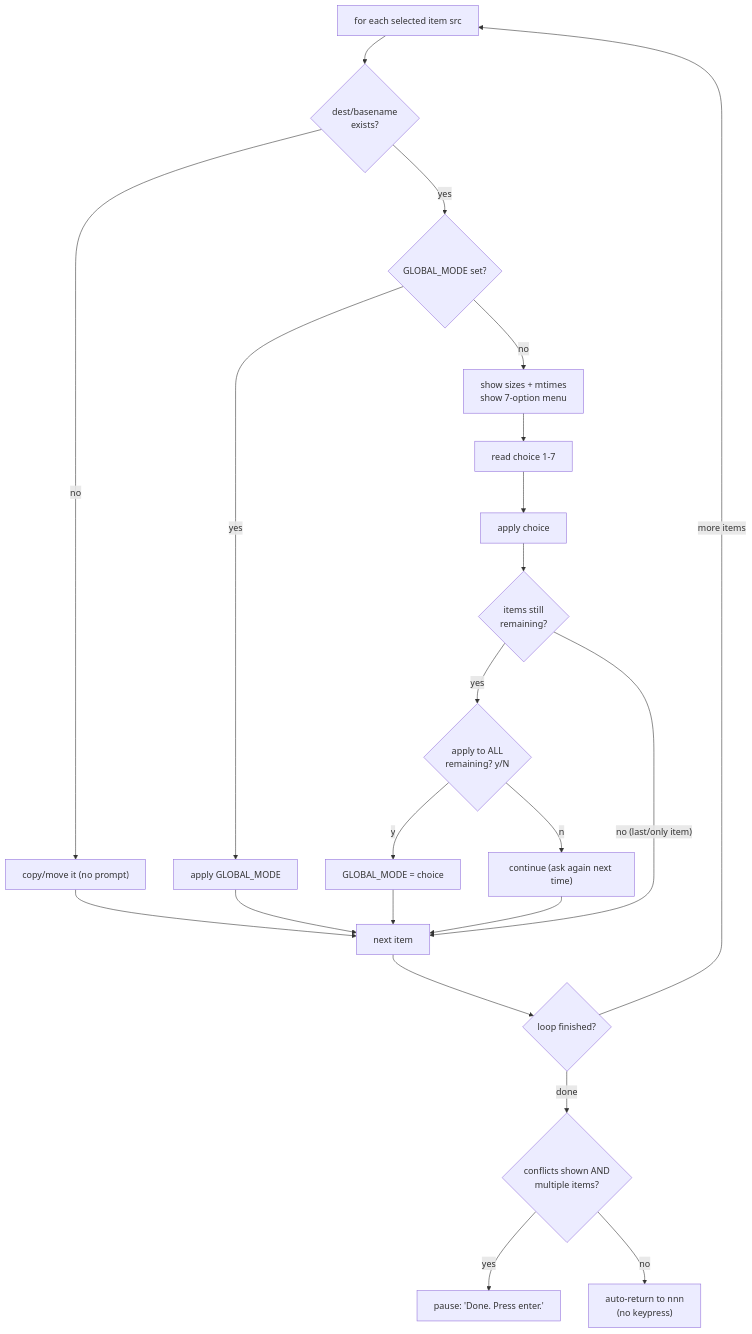
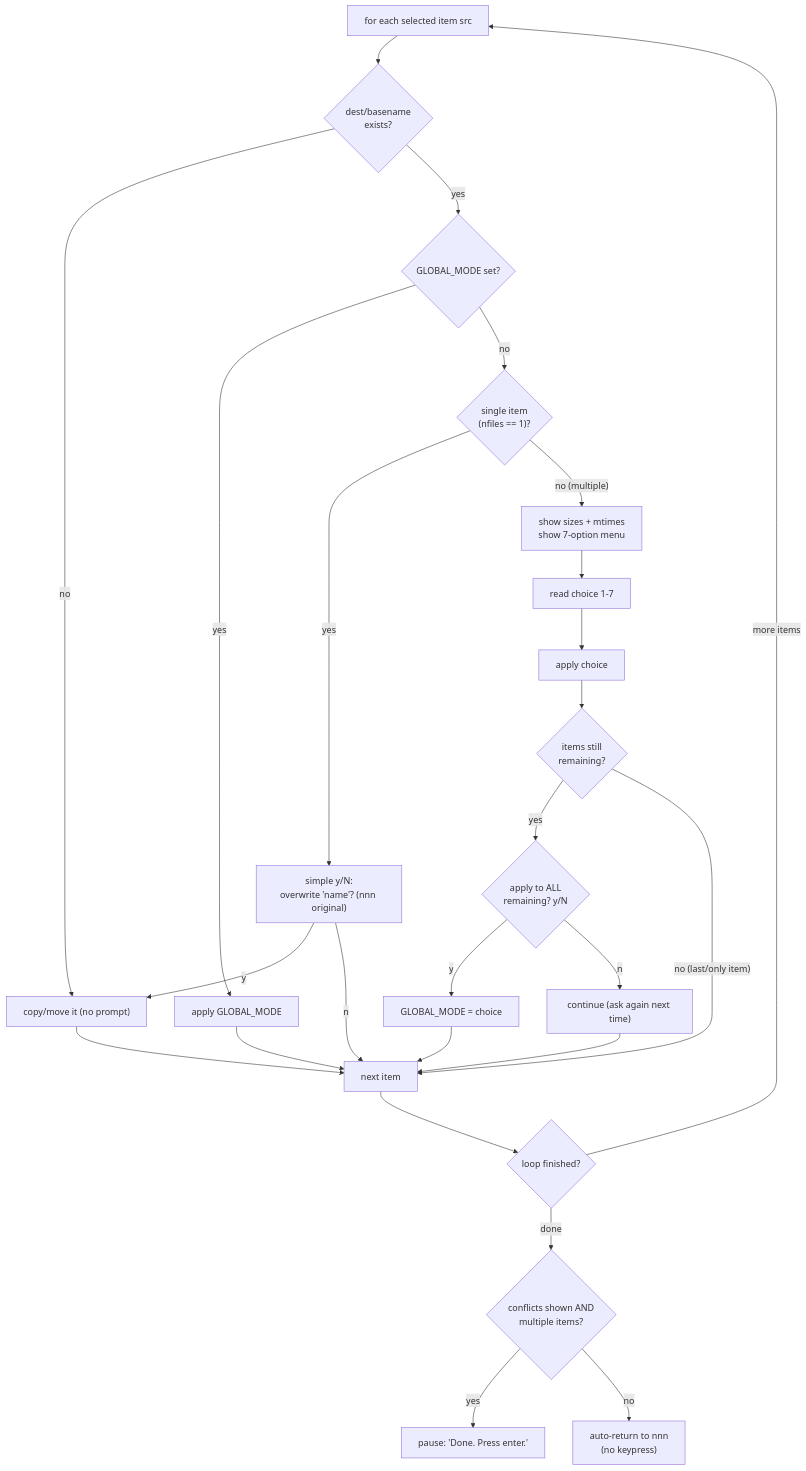
Before and after one commit to techcaotri/nnn: diagram 21 of 24 in docs/Brainstorm_nnn_Update.md, drawn with Mermaid. The commit also changed other lines of this file and 1 other file, not shown here.

First line of the commit message:
fix(cpmv): use nnn's simple y/N overwrite prompt for single-item conflicts

````diff
--- a/docs/Brainstorm_nnn_Update.md
+++ b/docs/Brainstorm_nnn_Update.md
@@ -1646,25 +1646,29 @@
 ```mermaid
 %% Per-item loop with apply-to-all short-circuit
 flowchart TD
     Start["for each selected item src"] --> Tgt{"dest/basename<br/>exists?"}
     Tgt -->|"no"| Just["copy/move it (no prompt)"]
     Tgt -->|"yes"| Glob{"GLOBAL_MODE set?"}
     Glob -->|"yes"| Apply["apply GLOBAL_MODE"]
-    Glob -->|"no"| Show["show sizes + mtimes<br/>show 7-option menu"]
+    Glob -->|"no"| One{"single item<br/>(nfiles == 1)?"}
+    One -->|"yes"| YN["simple y/N:<br/>overwrite 'name'? (nnn original)"]
+    YN -->|"y"| Just
+    YN -->|"n"| Next2
+    One -->|"no (multiple)"| Show["show sizes + mtimes<br/>show 7-option menu"]
     Show --> Read["read choice 1-7"]
     Read --> Do["apply choice"]
     Do --> Rem{"items still<br/>remaining?"}
     Rem -->|"yes"| AskAll{"apply to ALL<br/>remaining? y/N"}
     Rem -->|"no (last/only item)"| Next2
     AskAll -->|"y"| SetG["GLOBAL_MODE = choice"]
     AskAll -->|"n"| Next1["continue (ask again next time)"]
     Apply --> Next2["next item"]
     Just --> Next2
     SetG --> Next2
     Next1 --> Next2
     Next2 --> Done{"loop finished?"}
     Done -->|"more items"| Start
     Done -->|"done"| Exit{"conflicts shown AND<br/>multiple items?"}
     Exit -->|"yes"| Pause["pause: 'Done. Press enter.'"]
     Exit -->|"no"| Auto["auto-return to nnn<br/>(no keypress)"]
 ```
````
